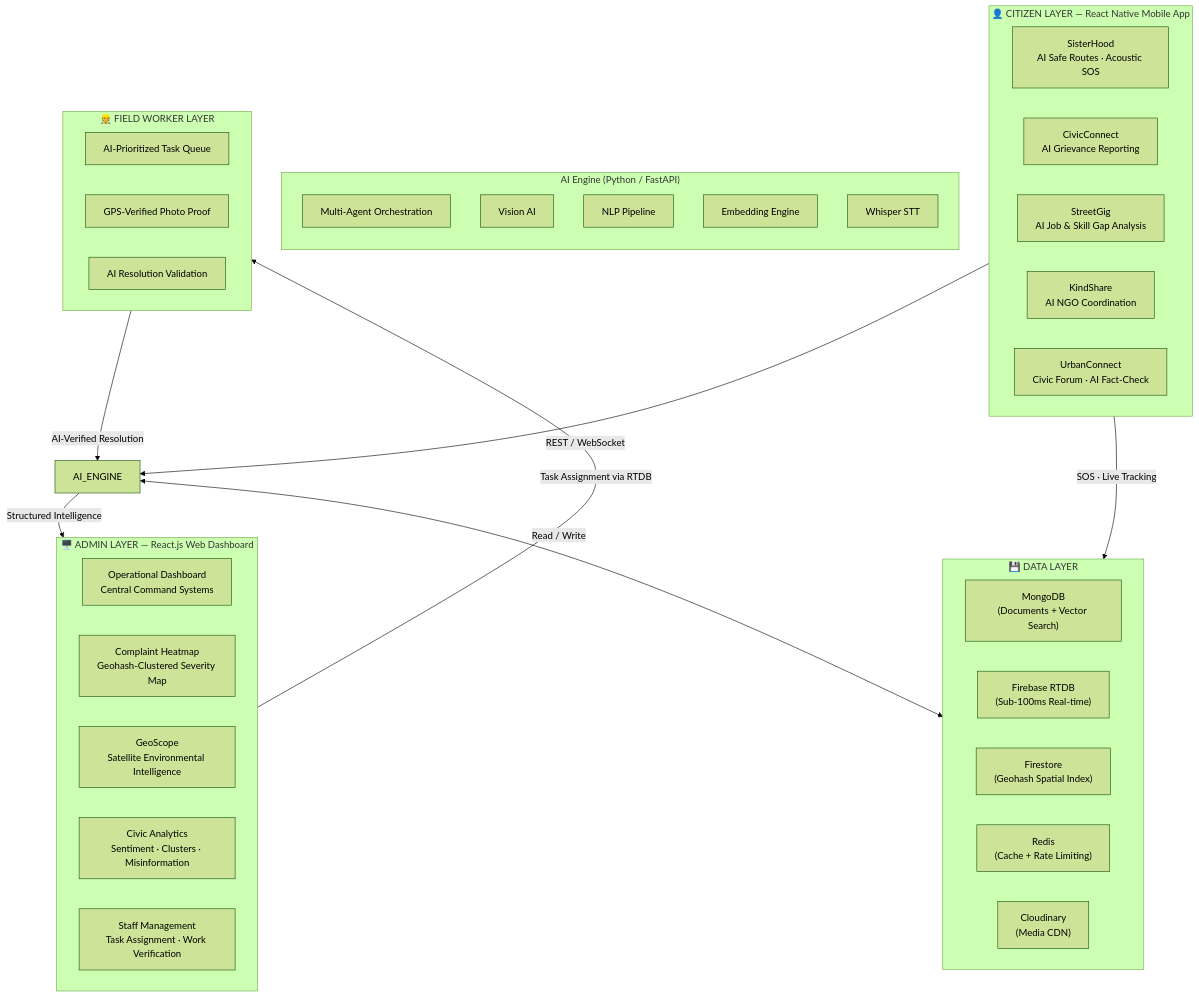
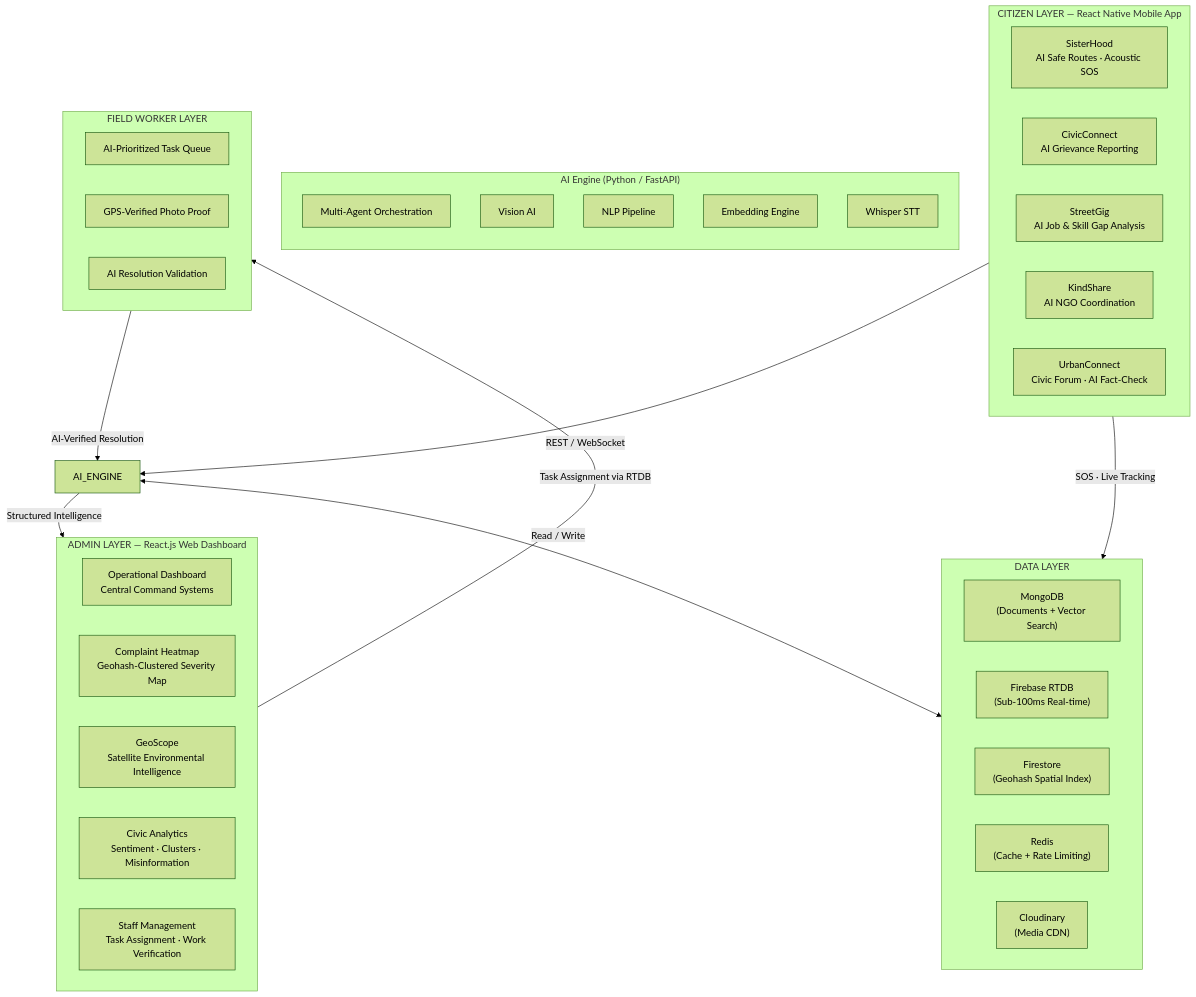
One commit to Aryan0628/UrbanFlow changed the first of 6 diagrams in README.md. Above: the diagram before and after it, drawn with Mermaid (forest theme).

Commit message:
Fix formatting in README.md for workflow diagrams

````diff
--- a/README.md
+++ b/README.md
@@ -28,48 +28,48 @@
 ```mermaid
 graph TB
-    subgraph CITIZENS["👤 CITIZEN LAYER — React Native Mobile App"]
+    subgraph CITIZENS["CITIZEN LAYER — React Native Mobile App"]
         C1["SisterHood<br/>AI Safe Routes · Acoustic SOS"]
         C2["CivicConnect<br/>AI Grievance Reporting"]
         C3["StreetGig<br/>AI Job & Skill Gap Analysis"]
         C4["KindShare<br/>AI NGO Coordination"]
         C5["UrbanConnect<br/>Civic Forum · AI Fact-Check"]
     end
 
     subgraph AI["AI Engine (Python / FastAPI)"]
         direction TB
         A1[Multi-Agent Orchestration]
         A2[Vision AI]
         A3[NLP Pipeline]
         A4[Embedding Engine]
         A5[Whisper STT]
     end
 
-    subgraph ADMIN["🖥️ ADMIN LAYER — React.js Web Dashboard"]
+    subgraph ADMIN["ADMIN LAYER — React.js Web Dashboard"]
         AD1["Operational Dashboard<br/>Central Command Systems"]
         AD2["Complaint Heatmap<br/>Geohash-Clustered Severity Map"]
         AD3["GeoScope<br/>Satellite Environmental Intelligence"]
         AD4["Civic Analytics<br/>Sentiment · Clusters · Misinformation"]
         AD5["Staff Management<br/>Task Assignment · Work Verification"]
     end
 
-    subgraph DATA["💾 DATA LAYER"]
+    subgraph DATA["DATA LAYER"]
         D1["MongoDB<br/>(Documents + Vector Search)"]
         D2["Firebase RTDB<br/>(Sub-100ms Real-time)"]
         D3["Firestore<br/>(Geohash Spatial Index)"]
         D4["Redis<br/>(Cache + Rate Limiting)"]
         D5["Cloudinary<br/>(Media CDN)"]
     end
 
-    subgraph FIELD["👷 FIELD WORKER LAYER"]
+    subgraph FIELD["FIELD WORKER LAYER"]
         F1["AI-Prioritized Task Queue"]
         F2["GPS-Verified Photo Proof"]
         F3["AI Resolution Validation"]
     end
 
     CITIZENS -->|"REST / WebSocket"| AI_ENGINE
     AI_ENGINE -->|"Structured Intelligence"| ADMIN
     ADMIN -->|"Task Assignment via RTDB"| FIELD
     FIELD -->|"AI-Verified Resolution"| AI_ENGINE
     AI_ENGINE <-->|"Read / Write"| DATA
     CITIZENS -->|"SOS · Live Tracking"| DATA
 ```
````
